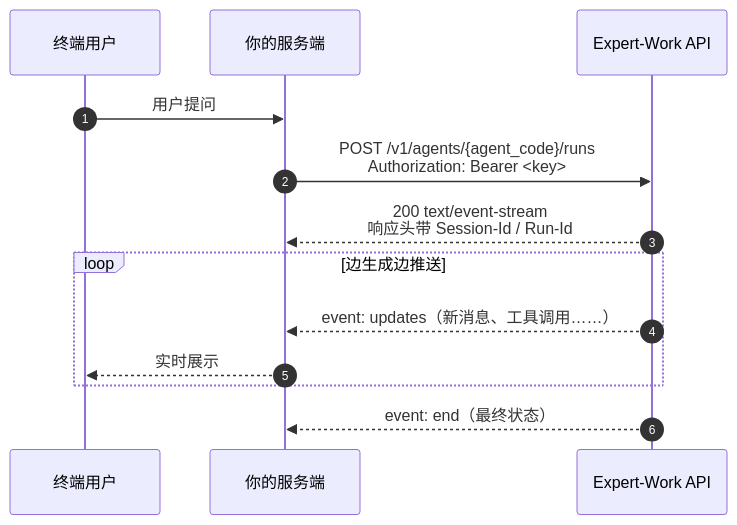
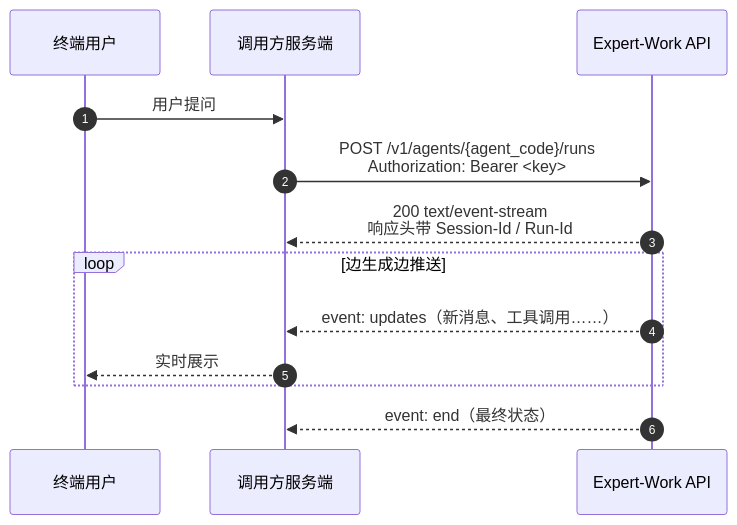
The diagram in apps/admin-ui/docs-site/guide/quickstart.md (deepaihealth/expert-work), drawn with Mermaid before and after one commit. The commit also changed other lines of this file and 2 other files, not shown here.

````diff
--- a/apps/admin-ui/docs-site/guide/quickstart.md
+++ b/apps/admin-ui/docs-site/guide/quickstart.md
@@ -9,15 +7,15 @@
 ```mermaid
 sequenceDiagram
     autonumber
     participant U as 终端用户
-    participant S as 你的服务端
+    participant S as 调用方服务端
     participant E as Expert-Work API
     U->>S: 用户提问
     S->>E: POST /v1/agents/{agent_code}/runs<br/>Authorization: Bearer <key>
     E-->>S: 200 text/event-stream<br/>响应头带 Session-Id / Run-Id
     loop 边生成边推送
         E-->>S: event: updates（新消息、工具调用……）
         S-->>U: 实时展示
     end
     E-->>S: event: end（最终状态）
 ```
````
